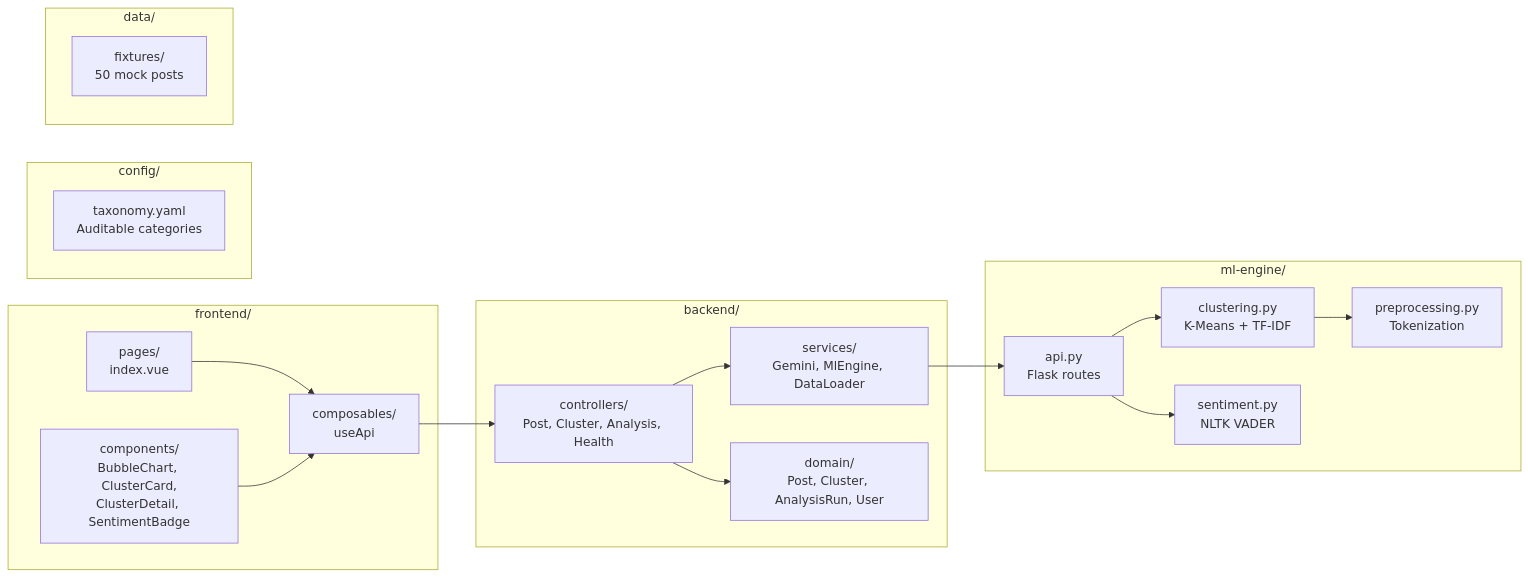
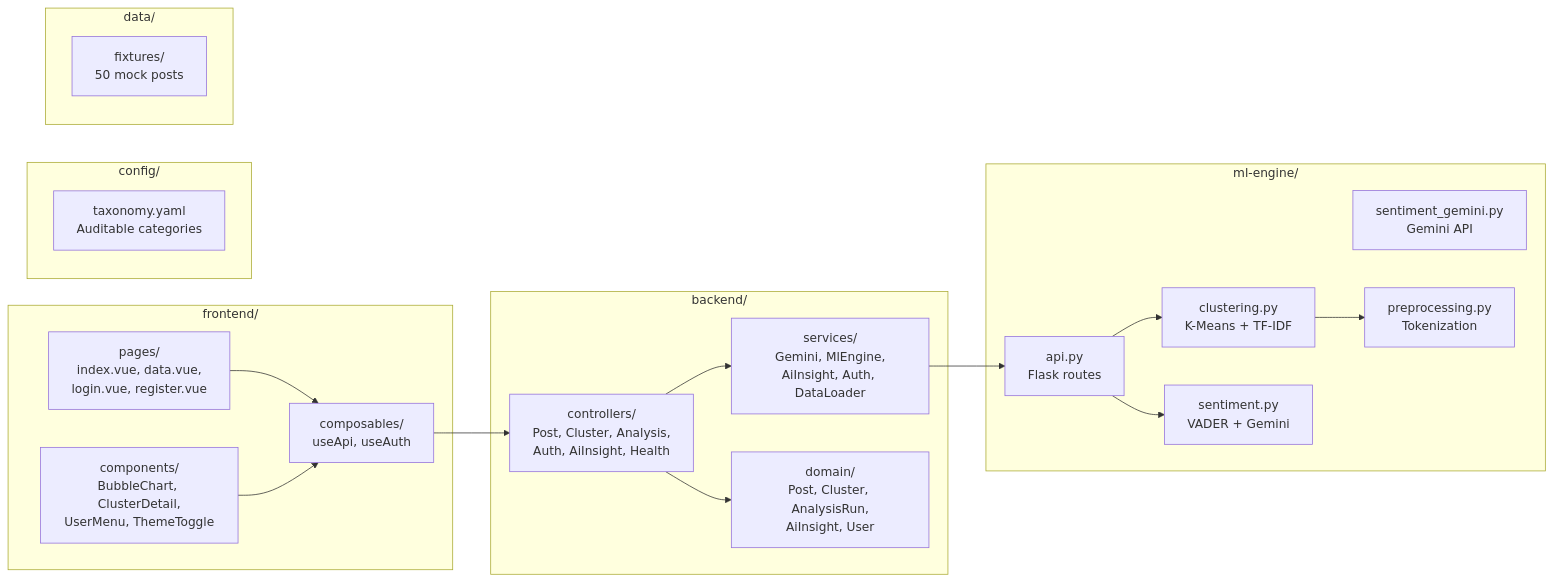
One commit to Bphissles/brand-sentiment-analysis changed the fourth of 7 diagrams in docs/ARCHITECTURE.md. Above: the diagram before and after it, drawn with Mermaid. The commit also changed other lines of this file and 5 other files, not shown here.

First line of the commit message:
Update documentation to reflect Sprint 5 completion and current system architecture

````diff
--- a/docs/ARCHITECTURE.md
+++ b/docs/ARCHITECTURE.md
@@ -158,39 +158,40 @@
 ```mermaid
 graph LR
     subgraph frontend["frontend/"]
-        PAGES[pages/<br/>index.vue]
-        COMPONENTS[components/<br/>BubbleChart, ClusterCard,<br/>ClusterDetail, SentimentBadge]
-        COMPOSABLES[composables/<br/>useApi]
+        PAGES[pages/<br/>index.vue, data.vue,<br/>login.vue, register.vue]
+        COMPONENTS[components/<br/>BubbleChart, ClusterDetail,<br/>UserMenu, ThemeToggle]
+        COMPOSABLES[composables/<br/>useApi, useAuth]
     end
 
     subgraph backend["backend/"]
-        CONTROLLERS[controllers/<br/>Post, Cluster, Analysis, Health]
-        SERVICES[services/<br/>Gemini, MlEngine, DataLoader]
-        DOMAIN[domain/<br/>Post, Cluster, AnalysisRun, User]
+        CONTROLLERS[controllers/<br/>Post, Cluster, Analysis,<br/>Auth, AiInsight, Health]
+        SERVICES[services/<br/>Gemini, MlEngine,<br/>AiInsight, Auth, DataLoader]
+        DOMAIN[domain/<br/>Post, Cluster, AnalysisRun,<br/>AiInsight, User]
     end
 
     subgraph mlengine["ml-engine/"]
         API[api.py<br/>Flask routes]
         CLUSTERING[clustering.py<br/>K-Means + TF-IDF]
-        SENTIMENT[sentiment.py<br/>NLTK VADER]
+        SENTIMENT[sentiment.py<br/>VADER + Gemini]
+        GEMINI_PY[sentiment_gemini.py<br/>Gemini API]
         PREPROCESS[preprocessing.py<br/>Tokenization]
     end
 
     subgraph config["config/"]
         TAXONOMY[taxonomy.yaml<br/>Auditable categories]
     end
 
     subgraph data["data/"]
         FIXTURES[fixtures/<br/>50 mock posts]
     end
 
     PAGES --> COMPOSABLES
     COMPONENTS --> COMPOSABLES
     COMPOSABLES --> CONTROLLERS
     CONTROLLERS --> SERVICES
     CONTROLLERS --> DOMAIN
     SERVICES --> API
     API --> CLUSTERING
     API --> SENTIMENT
     CLUSTERING --> PREPROCESS
 ```
````
